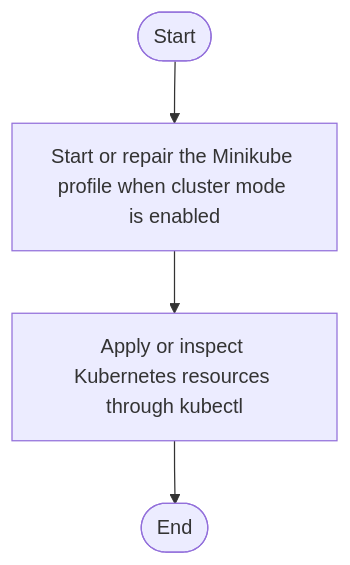
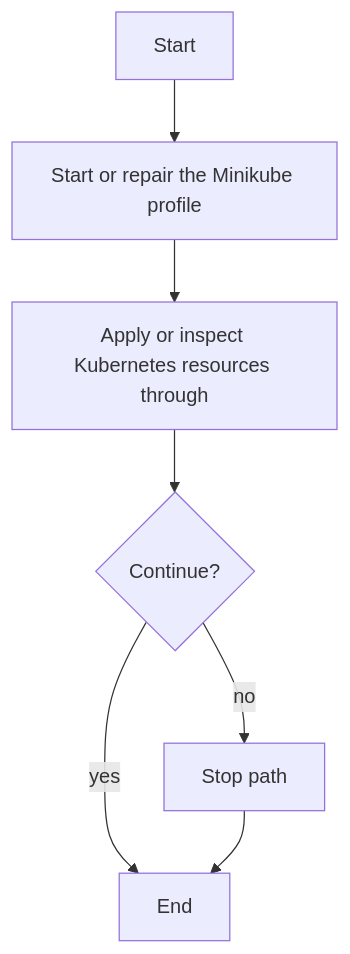
Before and after one commit to JohnAndrewBalbarosa/NeoTerritory: the diagram in docs/Codebase/setup.ps1.md, drawn with Mermaid. The commit also changed other lines of this file and 752 other files, not shown here.

````diff
--- a/docs/Codebase/setup.ps1.md
+++ b/docs/Codebase/setup.ps1.md
@@ -43,10 +22,15 @@
 ```mermaid
 flowchart TD
-    Start([Start])
-    N0[Start or repair the Minikube profile when cluster mode is enabled]
-    N1[Apply or inspect Kubernetes resources through kubectl]
-    End([End])
+    Start["Start"]
+    N0["Start or repair the Minikube profile"]
+    N1["Apply or inspect Kubernetes resources through"]
+    D1{"Continue?"}
+    R1["Stop path"]
+    End["End"]
     Start --> N0
     N0 --> N1
-    N1 --> End
+    N1 --> D1
+    D1 -->|yes| End
+    D1 -->|no| R1
+    R1 --> End
 ```
````
